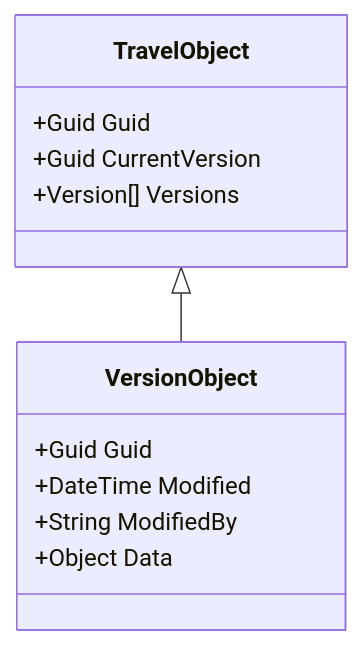
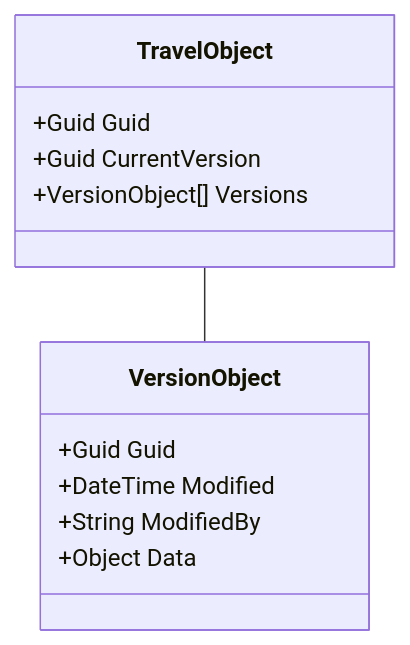
The diagram in Travel Object TO.md (OSSTRA/TXDM), drawn with Mermaid before and after one commit.

Commit message:
Update Travel Object TO.md

````diff
--- a/Travel Object TO.md
+++ b/Travel Object TO.md
@@ -1,15 +1,15 @@
 ```mermaid
 classDiagram
-TravelObject <|-- VersionObject
+TravelObject -- VersionObject
     class TravelObject{
       +Guid Guid
       +Guid CurrentVersion
-      +Version[] Versions
+      +VersionObject[] Versions
     }
     class VersionObject{
       +Guid Guid
       +DateTime Modified
       +String ModifiedBy
       +Object Data
     }
 ```
````
